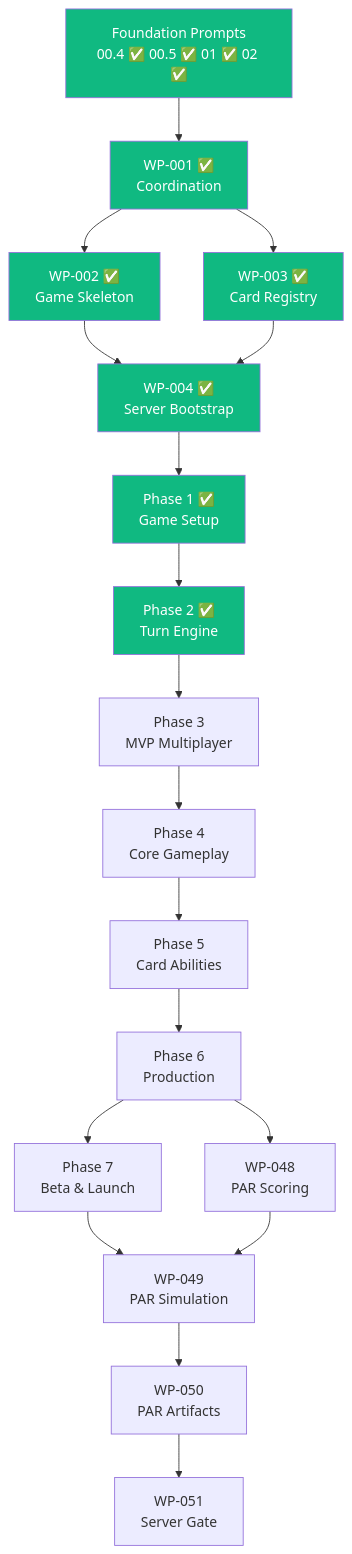
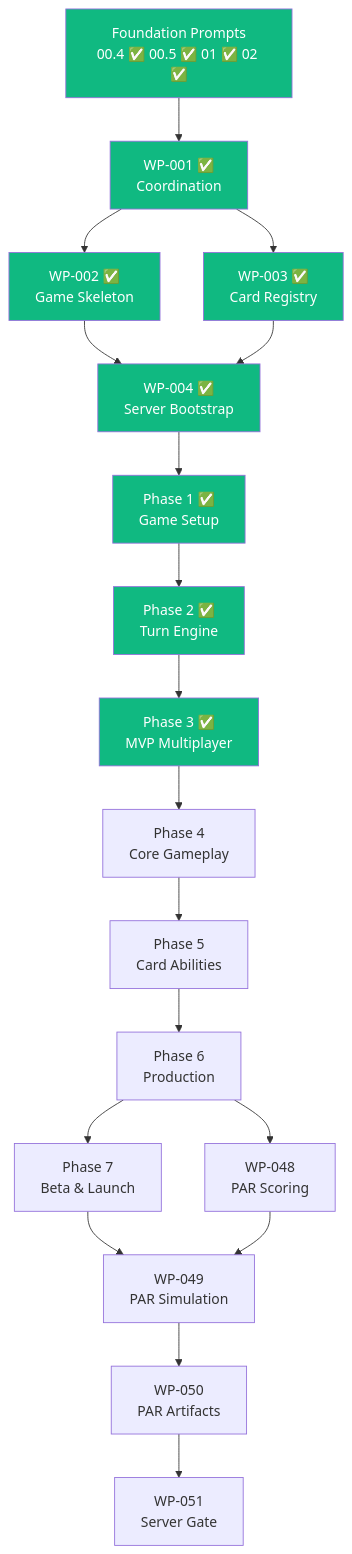
One commit to barefootbetters/legendary-arena changed the diagram in docs/05-ROADMAP.md. Above: the diagram before and after it, drawn with Mermaid. The commit also changed other lines of this file and 1 other file, not shown here.

First line of the commit message:
SPEC: update roadmap documents for Phase 3 completion and Phase 4 approval

````diff
--- a/docs/05-ROADMAP.md
+++ b/docs/05-ROADMAP.md
@@ -153,27 +158,28 @@
 ```mermaid
 flowchart TD
     FP["Foundation Prompts\n00.4 ✅ 00.5 ✅ 01 ✅ 02 ✅"] --> WP001["WP-001 ✅\nCoordination"]
     WP001 --> WP002["WP-002 ✅\nGame Skeleton"]
     WP001 --> WP003["WP-003 ✅\nCard Registry"]
     WP002 --> WP004["WP-004 ✅\nServer Bootstrap"]
     WP003 --> WP004
     WP004 --> Phase1["Phase 1 ✅\nGame Setup"]
     Phase1 --> Phase2["Phase 2 ✅\nTurn Engine"]
-    Phase2 --> Phase3["Phase 3\nMVP Multiplayer"]
+    Phase2 --> Phase3["Phase 3 ✅\nMVP Multiplayer"]
     Phase3 --> Phase4["Phase 4\nCore Gameplay"]
     Phase4 --> Phase5["Phase 5\nCard Abilities"]
     Phase5 --> Phase6["Phase 6\nProduction"]
     Phase6 --> Phase7["Phase 7\nBeta & Launch"]
     Phase6 --> WP048["WP-048\nPAR Scoring"]
     Phase7 --> WP049["WP-049\nPAR Simulation"]
     WP048 --> WP049
     WP049 --> WP050["WP-050\nPAR Artifacts"]
     WP050 --> WP051["WP-051\nServer Gate"]
     style FP fill:#10b981,color:#fff
     style WP001 fill:#10b981,color:#fff
     style WP002 fill:#10b981,color:#fff
     style WP003 fill:#10b981,color:#fff
     style WP004 fill:#10b981,color:#fff
     style Phase1 fill:#10b981,color:#fff
     style Phase2 fill:#10b981,color:#fff
+    style Phase3 fill:#10b981,color:#fff
 ```
````
